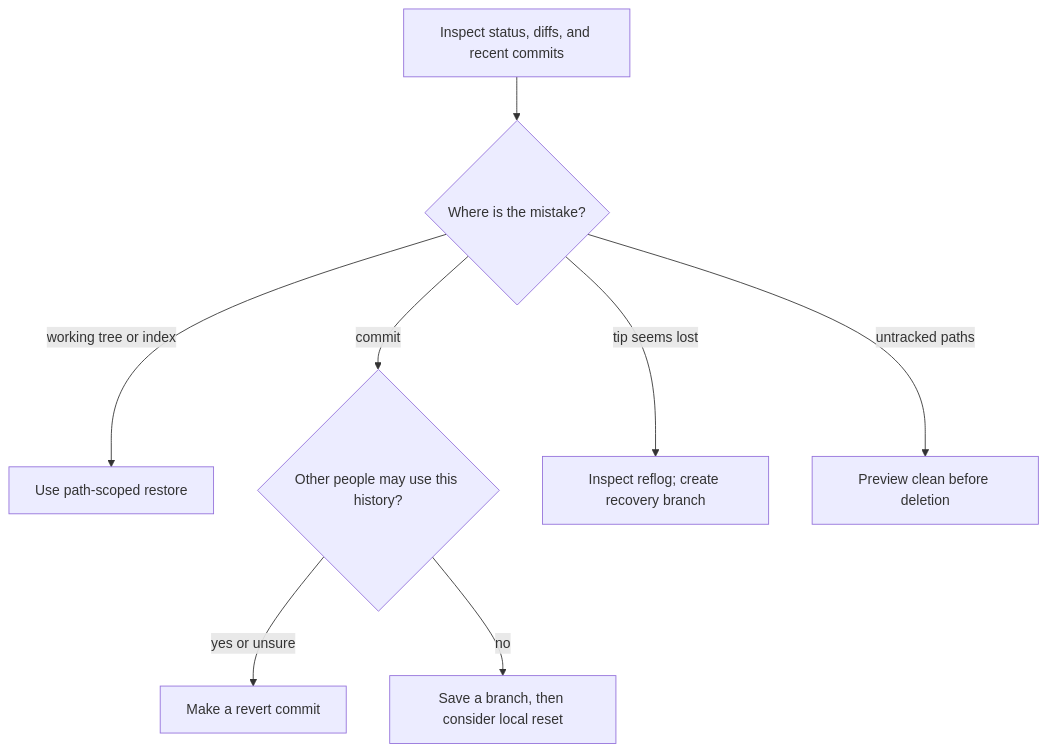
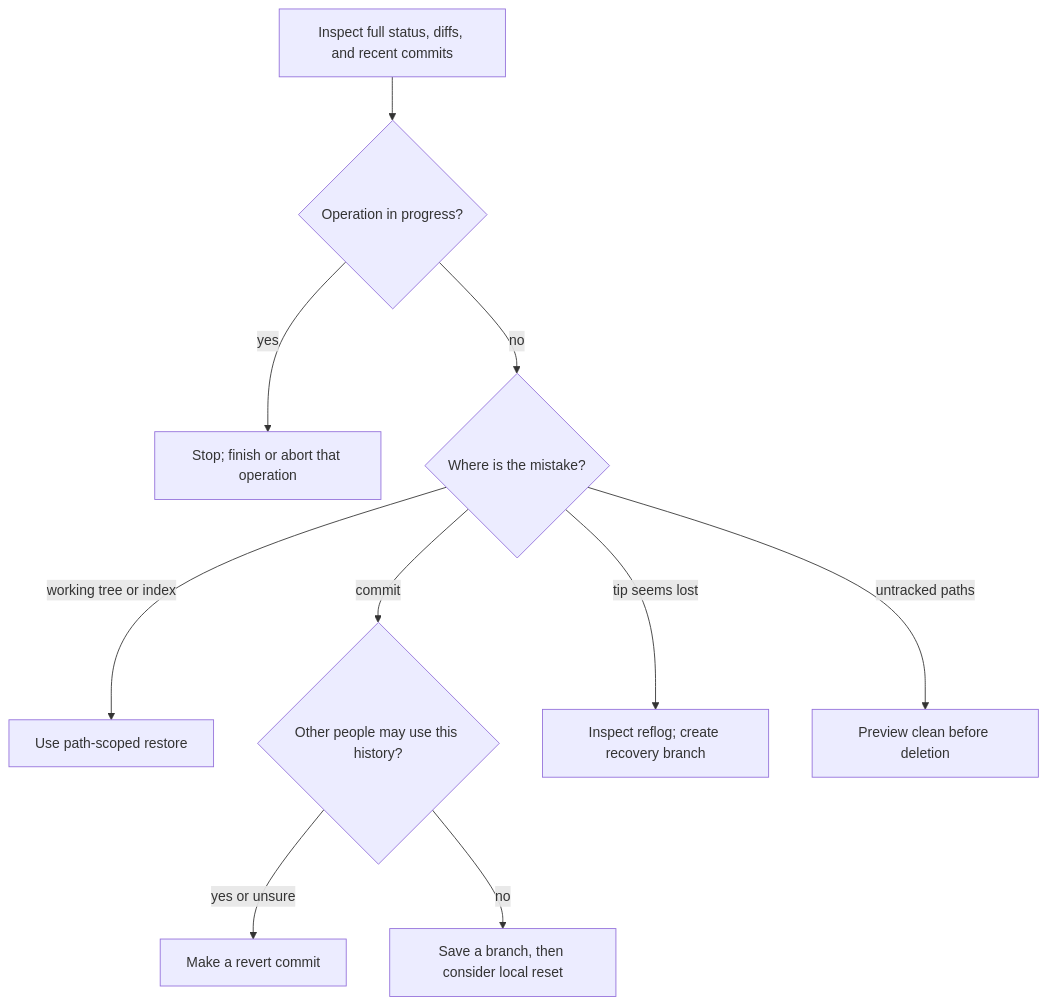
The diagram in knowledge/git/troubleshooting/undo-and-recovery.md (David-A18/MY-humble-knowledge-for-everyone), drawn with Mermaid before and after one commit. The commit also changed other lines of this file and 5 other files, not shown here.

````diff
--- a/knowledge/git/troubleshooting/undo-and-recovery.md
+++ b/knowledge/git/troubleshooting/undo-and-recovery.md
@@ -78,10 +89,12 @@
 ```mermaid
 flowchart TD
-  inspect["Inspect status, diffs, and recent commits"] --> place{"Where is the mistake?"}
+  inspect["Inspect full status, diffs, and recent commits"] --> progress{"Operation in progress?"}
+  progress -- "yes" --> operation["Stop; finish or abort that operation"]
+  progress -- "no" --> place{"Where is the mistake?"}
   place -- "working tree or index" --> file["Use path-scoped restore"]
   place -- "commit" --> shared{"Other people may use this history?"}
   shared -- "yes or unsure" --> revert["Make a revert commit"]
   shared -- "no" --> local["Save a branch, then consider local reset"]
   place -- "tip seems lost" --> reflog["Inspect reflog; create recovery branch"]
   place -- "untracked paths" --> clean["Preview clean before deletion"]
 ```
````
